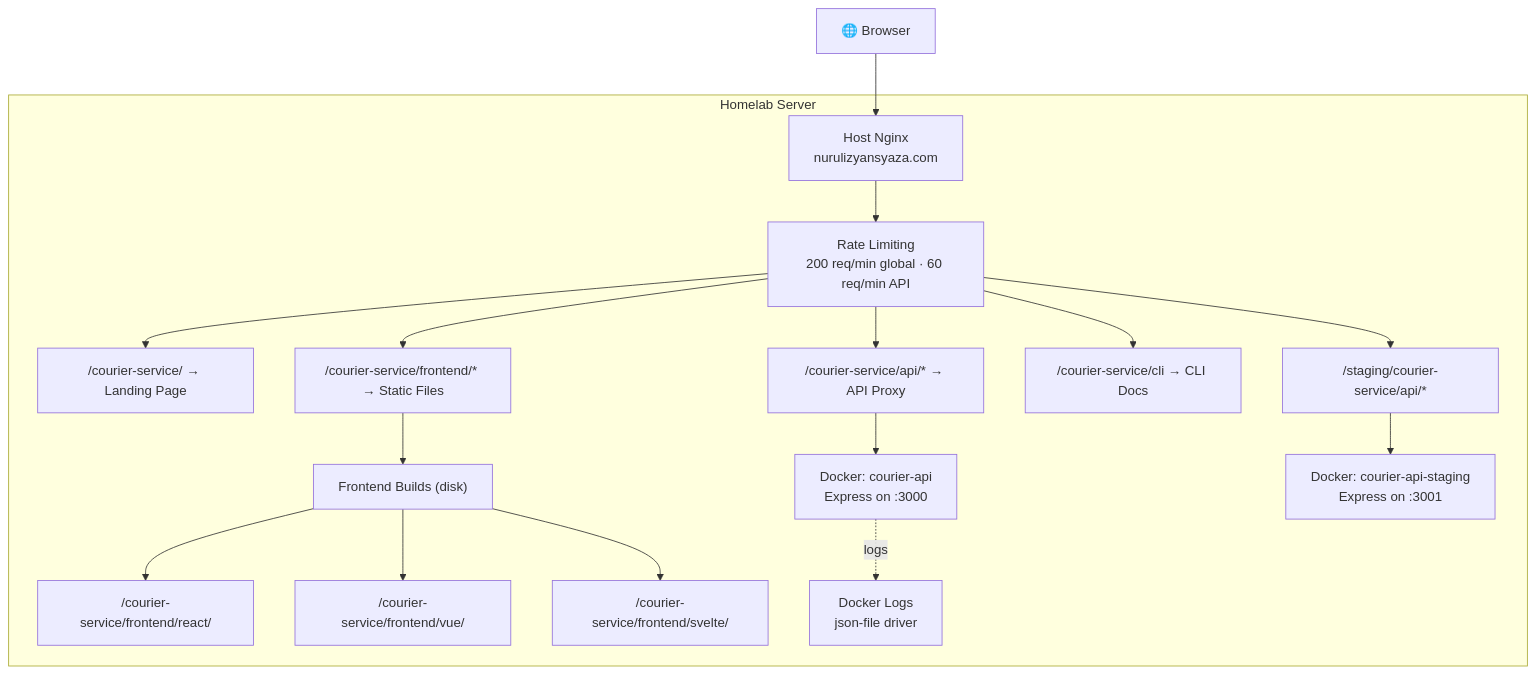
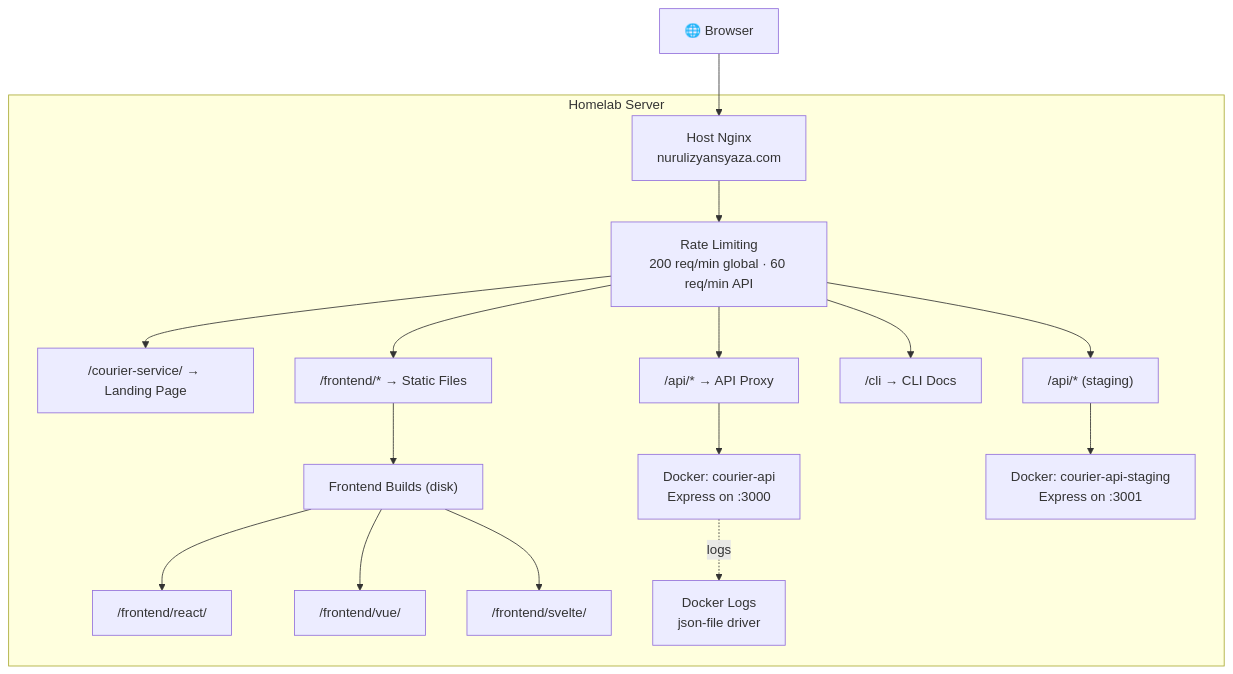
The fifth of 6 diagrams in ARCHITECTURE.md (nurulizyansyaza/courier-service), drawn with Mermaid before and after one commit. The commit also changed other lines of this file and 15 other files, not shown here.

````diff
--- a/ARCHITECTURE.md
+++ b/ARCHITECTURE.md
@@ -128,24 +128,24 @@
 ```mermaid
 graph TB
     Browser["🌐 Browser"] --> HostNginx["Host Nginx<br/>nurulizyansyaza.com"]
 
     subgraph Homelab["Homelab Server"]
         HostNginx --> RateLimit["Rate Limiting<br/>200 req/min global · 60 req/min API"]
 
         RateLimit --> Landing["/courier-service/ → Landing Page"]
-        RateLimit --> ApiRoute["/courier-service/api/* → API Proxy"]
-        RateLimit --> FERoute["/courier-service/frontend/* → Static Files"]
-        RateLimit --> CLIRoute["/courier-service/cli → CLI Docs"]
+        RateLimit --> ApiRoute["/api/* → API Proxy"]
+        RateLimit --> FERoute["/frontend/* → Static Files"]
+        RateLimit --> CLIRoute["/cli → CLI Docs"]
 
         FERoute --> FrontendFiles["Frontend Builds (disk)"]
-        FrontendFiles --> React["/courier-service/frontend/react/"]
-        FrontendFiles --> Vue["/courier-service/frontend/vue/"]
-        FrontendFiles --> Svelte["/courier-service/frontend/svelte/"]
+        FrontendFiles --> React["/frontend/react/"]
+        FrontendFiles --> Vue["/frontend/vue/"]
+        FrontendFiles --> Svelte["/frontend/svelte/"]
 
         ApiRoute --> API["Docker: courier-api<br/>Express on :3000"]
-        RateLimit --> StagingAPI["/staging/courier-service/api/*"]
+        RateLimit --> StagingAPI["/api/* (staging)"]
         StagingAPI --> APIStaging["Docker: courier-api-staging<br/>Express on :3001"]
 
         API -.->|"logs"| Logs["Docker Logs<br/>json-file driver"]
     end
 ```
````
